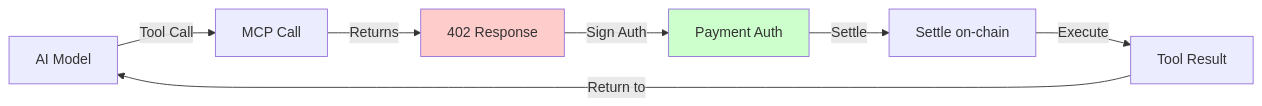
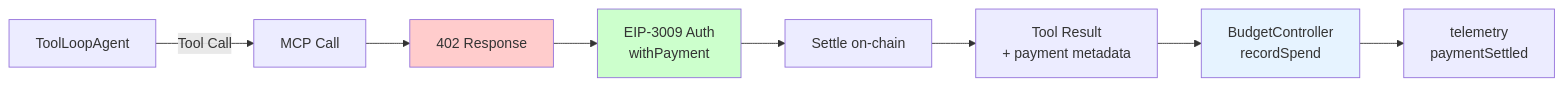
The second of 5 diagrams in reports/architecture-design.md (aijayz/x402-ai-agent), drawn with Mermaid before and after one commit. The commit also changed other lines of this file and 53 other files, not shown here.

````diff
--- a/reports/architecture-design.md
+++ b/reports/architecture-design.md
@@ -168,12 +183,14 @@
 ```mermaid
 flowchart LR
-    AIModel["AI Model"] -->|Tool Call| MCPTool["MCP Call"]
-    MCPTool -->|Returns| Response402["402 Response"]
-    Response402 -->|Sign Auth| PaymentAuth["Payment Auth"]
-    PaymentAuth -->|Settle| OnChain["Settle on-chain"]
-    OnChain -->|Execute| ToolResult["Tool Result"]
-    ToolResult -->|Return to| AIModel
+    Agent["ToolLoopAgent"] -->|Tool Call| MCPCall["MCP Call"]
+    MCPCall --> Response402["402 Response"]
+    Response402 --> PaymentAuth["EIP-3009 Auth<br/>withPayment"]
+    PaymentAuth --> OnChain["Settle on-chain"]
+    OnChain --> ToolResult["Tool Result<br/>+ payment metadata"]
+    ToolResult --> BudgetCtrl["BudgetController<br/>recordSpend"]
+    BudgetCtrl --> TelemetryEmit["telemetry<br/>paymentSettled"]
 
     style Response402 fill:#ffcccc
     style PaymentAuth fill:#ccffcc
+    style BudgetCtrl fill:#e6f3ff
 ```
````
